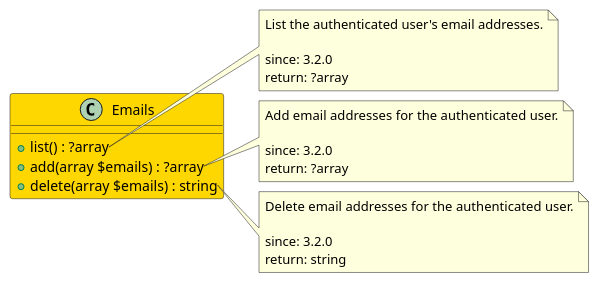
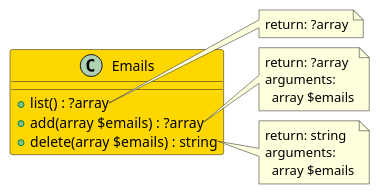
One commit to joomengine/gitea changed the diagram in src/af4b8b77-d773-42a7-9f54-19de463bc49b/README.md. Above: the diagram before and after it, drawn with PlantUML. The commit also changed 370 other files, not shown here.

````diff
--- a/src/af4b8b77-d773-42a7-9f54-19de463bc49b/README.md
+++ b/src/af4b8b77-d773-42a7-9f54-19de463bc49b/README.md
@@ -6,32 +6,27 @@
 ```uml
 @startuml
 
-class Emails  #Gold {
+class Emails #Gold {
   + list() : ?array
   + add(array $emails) : ?array
   + delete(array $emails) : string
 }
 
 note right of Emails::list
-  List the authenticated user's email addresses.
-
-  since: 3.2.0
   return: ?array
 end note
 
 note right of Emails::add
-  Add email addresses for the authenticated user.
-
-  since: 3.2.0
   return: ?array
+  arguments:
+    array $emails
 end note
 
 note right of Emails::delete
-  Delete email addresses for the authenticated user.
-
-  since: 3.2.0
   return: string
+  arguments:
+    array $emails
 end note
 
 @enduml
 ```
````
